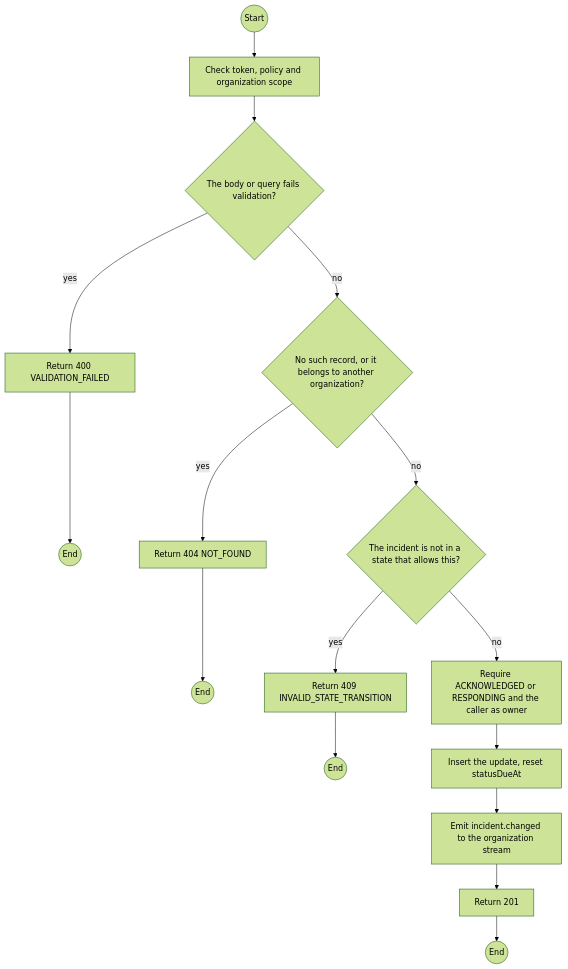
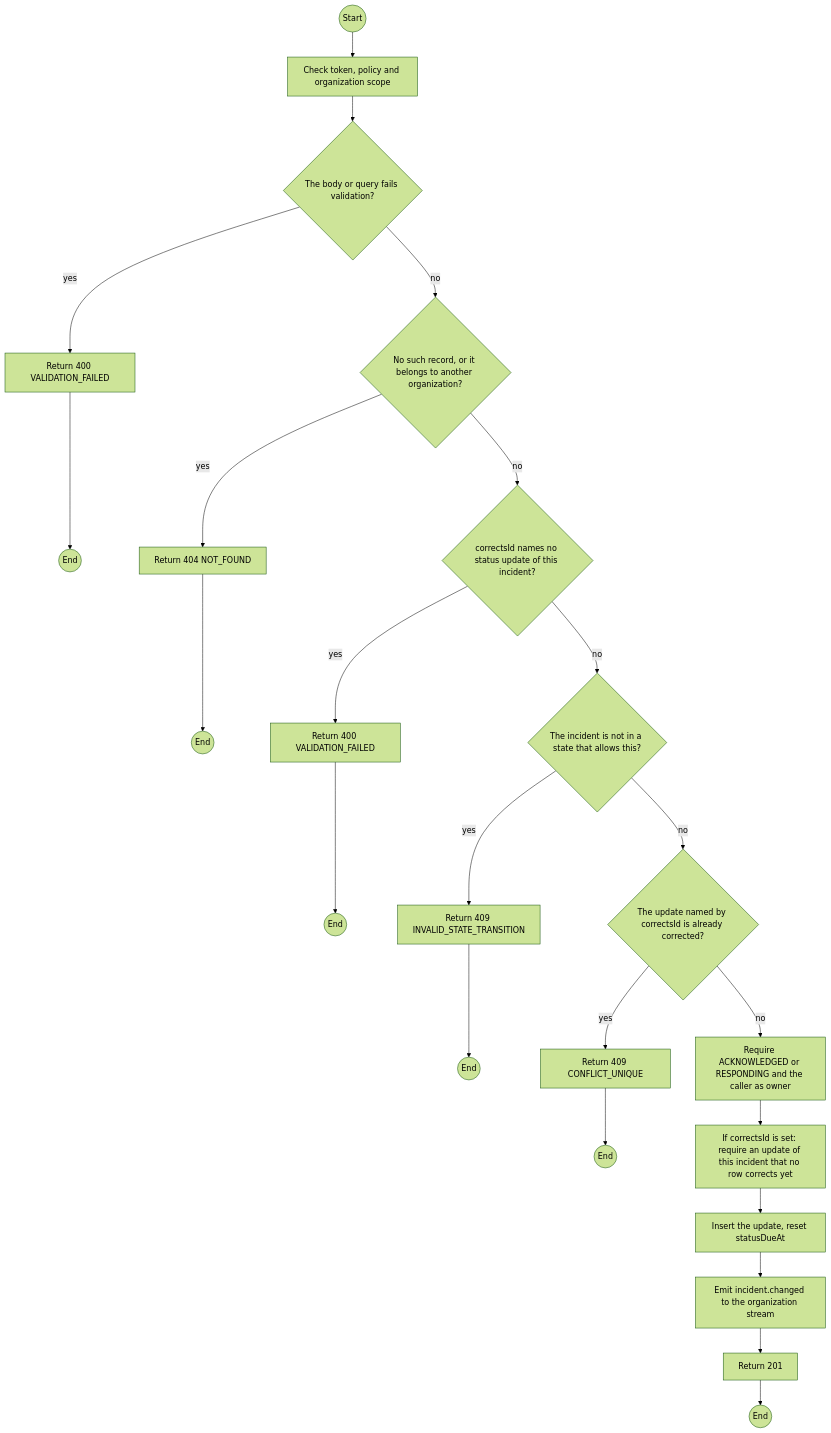
The first of 2 diagrams in specs/incidents/api-design/05-post-incidents-id-status-updates.md (TrekLink-Team/treklink-web), drawn with Mermaid (forest theme) before and after one commit. The commit also changed other lines of this file and 19 other files, not shown here.

First line of the commit message:
fix: correct an incident status update by appending a new one

````diff
--- a/specs/incidents/api-design/05-post-incidents-id-status-updates.md
+++ b/specs/incidents/api-design/05-post-incidents-id-status-updates.md
@@ -168,30 +205,42 @@
 ```mermaid
 flowchart TB
     S((Start))
     A0["Check token, policy and organization scope"]
     S --> A0
     D1{"The body or query fails validation?"}
     A0 --> D1
     E1["Return 400 VALIDATION_FAILED"]
     D1 -->|yes| E1
     E1 --> X1((End))
     D2{"No such record, or it belongs to another organization?"}
     D1 -->|no| D2
     E2["Return 404 NOT_FOUND"]
     D2 -->|yes| E2
     E2 --> X2((End))
-    D3{"The incident is not in a state that allows this?"}
+    D3{"correctsId names no status update of this incident?"}
     D2 -->|no| D3
-    E3["Return 409 INVALID_STATE_TRANSITION"]
+    E3["Return 400 VALIDATION_FAILED"]
     D3 -->|yes| E3
     E3 --> X3((End))
+    D4{"The incident is not in a state that allows this?"}
+    D3 -->|no| D4
+    E4["Return 409 INVALID_STATE_TRANSITION"]
+    D4 -->|yes| E4
+    E4 --> X4((End))
+    D5{"The update named by correctsId is already corrected?"}
+    D4 -->|no| D5
+    E5["Return 409 CONFLICT_UNIQUE"]
+    D5 -->|yes| E5
+    E5 --> X5((End))
     P0["Require ACKNOWLEDGED or RESPONDING and the caller as owner"]
-    D3 -->|no| P0
-    P1["Insert the update, reset statusDueAt"]
+    D5 -->|no| P0
+    P1["If correctsId is set: require an update of this incident that no row corrects yet"]
     P0 --> P1
-    P2["Emit incident.changed to the organization stream"]
+    P2["Insert the update, reset statusDueAt"]
     P1 --> P2
+    P3["Emit incident.changed to the organization stream"]
+    P2 --> P3
     OK["Return 201"]
-    P2 --> OK
+    P3 --> OK
     OK --> Z((End))
 ```
````
